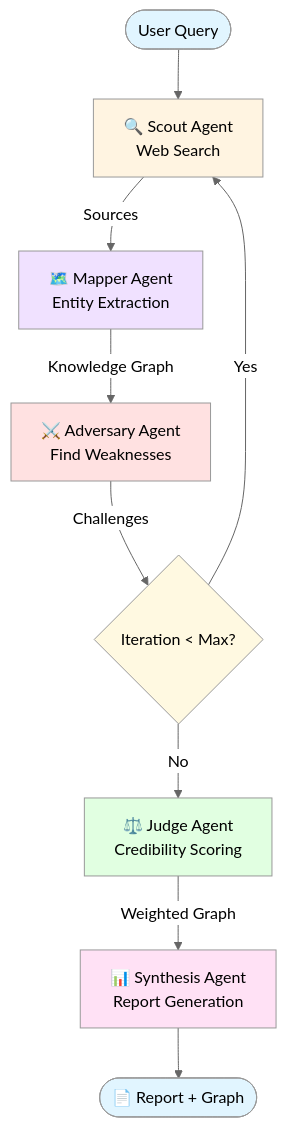
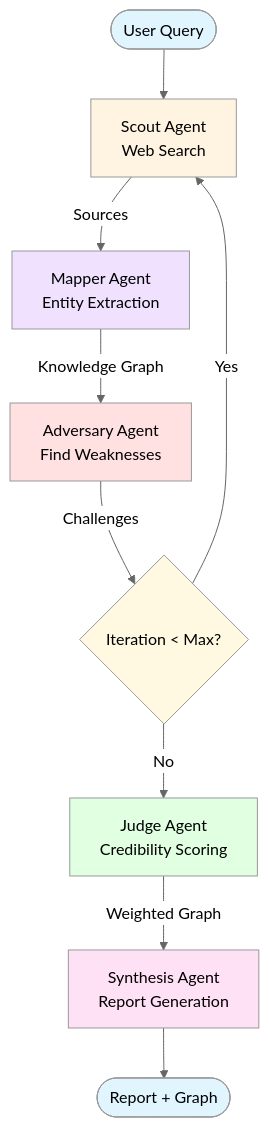
Before and after one commit to Prateek1727/adversarial-knowledge-cartographer: the diagram in README.md, drawn with Mermaid (neutral theme). The commit also changed other lines of this file, not shown here.

````diff
--- a/README.md
+++ b/README.md
@@ -31,20 +31,20 @@
 ```mermaid
 graph TB
-    Start([User Query]) --> Scout[🔍 Scout Agent<br/>Web Search]
-    Scout --> |Sources| Mapper[🗺️ Mapper Agent<br/>Entity Extraction]
-    Mapper --> |Knowledge Graph| Adversary[⚔️ Adversary Agent<br/>Find Weaknesses]
+    Start([User Query]) --> Scout[Scout Agent<br/>Web Search]
+    Scout --> |Sources| Mapper[Mapper Agent<br/>Entity Extraction]
+    Mapper --> |Knowledge Graph| Adversary[Adversary Agent<br/>Find Weaknesses]
     Adversary --> |Challenges| Decision{Iteration < Max?}
     Decision --> |Yes| Scout
-    Decision --> |No| Judge[⚖️ Judge Agent<br/>Credibility Scoring]
-    Judge --> |Weighted Graph| Synthesis[📊 Synthesis Agent<br/>Report Generation]
-    Synthesis --> Output([📄 Report + Graph])
+    Decision --> |No| Judge[Judge Agent<br/>Credibility Scoring]
+    Judge --> |Weighted Graph| Synthesis[Synthesis Agent<br/>Report Generation]
+    Synthesis --> Output([Report + Graph])
     
     style Start fill:#e1f5ff
     style Output fill:#e1f5ff
     style Scout fill:#fff4e1
     style Mapper fill:#f0e1ff
     style Adversary fill:#ffe1e1
     style Judge fill:#e1ffe1
     style Synthesis fill:#ffe1f5
     style Decision fill:#fff9e1
 ```
````
